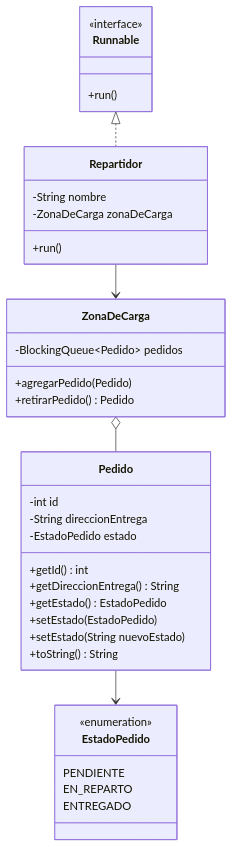
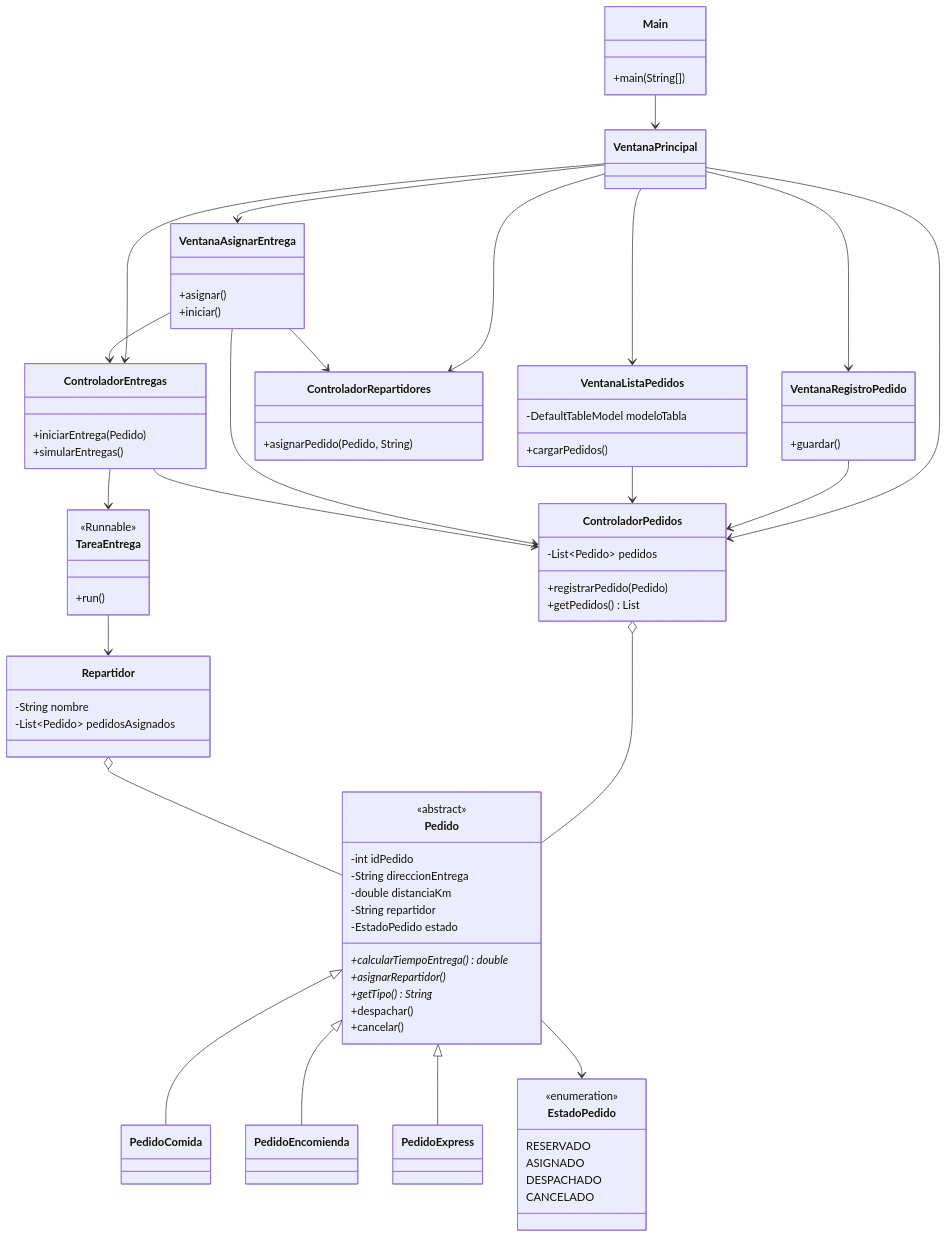
Before and after one commit to Be-ri-lo/SpeedFast-Poliformismo: the diagram in README.md, drawn with Mermaid. The commit also changed other lines of this file, not shown here.

````diff
--- a/README.md
+++ b/README.md
@@ -68,43 +83,87 @@
 ```mermaid
 classDiagram
-    class Pedido {
-        -int id
-        -String direccionEntrega
-        -EstadoPedido estado
-        +getId() int
-        +getDireccionEntrega() String
-        +getEstado() EstadoPedido
-        +setEstado(EstadoPedido)
-        +setEstado(String nuevoEstado)
-        +toString() String
+    class Main {
+        +main(String[])
     }
 
+    class VentanaPrincipal
+    class VentanaRegistroPedido {
+        +guardar()
+    }
+    class VentanaListaPedidos {
+        -DefaultTableModel modeloTabla
+        +cargarPedidos()
+    }
+    class VentanaAsignarEntrega {
+        +asignar()
+        +iniciar()
+    }
+
+    class ControladorPedidos {
+        -List~Pedido~ pedidos
+        +registrarPedido(Pedido)
+        +getPedidos() List
+    }
+    class ControladorRepartidores {
+        +asignarPedido(Pedido, String)
+    }
+    class ControladorEntregas {
+        +iniciarEntrega(Pedido)
+        +simularEntregas()
+    }
+
+    class Pedido {
+        <<abstract>>
+        -int idPedido
+        -String direccionEntrega
+        -double distanciaKm
+        -String repartidor
+        -EstadoPedido estado
+        +calcularTiempoEntrega()* double
+        +asignarRepartidor()*
+        +getTipo()* String
+        +despachar()
+        +cancelar()
+    }
+
+    class PedidoComida
+    class PedidoEncomienda
+    class PedidoExpress
+    class Repartidor {
+        -String nombre
+        -List~Pedido~ pedidosAsignados
+    }
+    class TareaEntrega {
+        <<Runnable>>
+        +run()
+    }
     class EstadoPedido {
         <<enumeration>>
-        PENDIENTE
-        EN_REPARTO
-        ENTREGADO
+        RESERVADO
+        ASIGNADO
+        DESPACHADO
+        CANCELADO
     }
 
-    class ZonaDeCarga {
-        -BlockingQueue~Pedido~ pedidos
-        +agregarPedido(Pedido)
-        +retirarPedido() Pedido
-    }
-
-    class Repartidor {
-        -String nombre
-        -ZonaDeCarga zonaDeCarga
-        +run()
-    }
-
-    class Runnable {
-        <<interface>>
-        +run()
-    }
-
+    Main --> VentanaPrincipal
+    VentanaPrincipal --> ControladorPedidos
+    VentanaPrincipal --> ControladorRepartidores
+    VentanaPrincipal --> ControladorEntregas
+    VentanaPrincipal --> VentanaRegistroPedido
+    VentanaPrincipal --> VentanaListaPedidos
+    VentanaPrincipal --> VentanaAsignarEntrega
+    VentanaRegistroPedido --> ControladorPedidos
+    VentanaListaPedidos --> ControladorPedidos
+    VentanaAsignarEntrega --> ControladorPedidos
+    VentanaAsignarEntrega --> ControladorRepartidores
+    VentanaAsignarEntrega --> ControladorEntregas
+    ControladorPedidos o-- Pedido
+    ControladorEntregas --> ControladorPedidos
+    ControladorEntregas --> TareaEntrega
+    TareaEntrega --> Repartidor
+    Pedido <|-- PedidoComida
+    Pedido <|-- PedidoEncomienda
+    Pedido <|-- PedidoExpress
     Pedido --> EstadoPedido
-    ZonaDeCarga o-- Pedido
-    Repartidor --> ZonaDeCarga
-    Runnable <|.. Repartidor
+    Repartidor o-- Pedido
 ```
````
